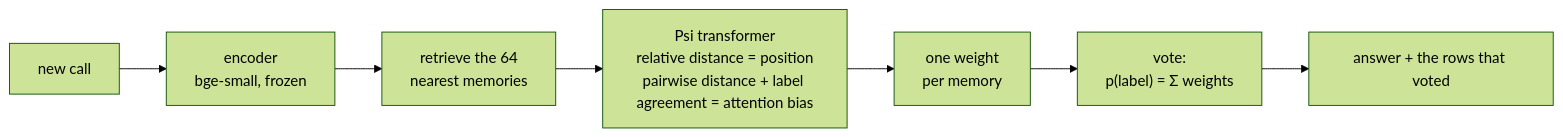
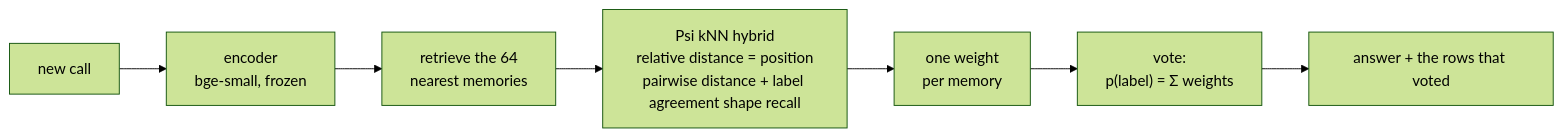
Before and after one commit to aidenhongg/psi: the diagram in README.md, drawn with Mermaid (forest theme). The commit also changed other lines of this file and 1 other file, not shown here.

First line of the commit message:
Describe Psi as a neural kNN hybrid

````diff
--- a/README.md
+++ b/README.md
@@ -39,9 +39,9 @@
 ```mermaid
 flowchart LR
     A[new call] --> B["encoder<br/>bge-small, frozen"]
     B --> C["retrieve the 64<br/>nearest memories"]
-    C --> D["Psi transformer<br/>relative distance = position<br/>pairwise distance + label agreement = attention bias"]
+    C --> D["Psi kNN hybrid<br/>relative distance = position<br/>pairwise distance + label agreement shape recall"]
     D --> E["one weight<br/>per memory"]
     E --> F["vote:<br/>p(label) = Σ weights"]
     F --> G[answer + the rows that voted]
 ```
````
